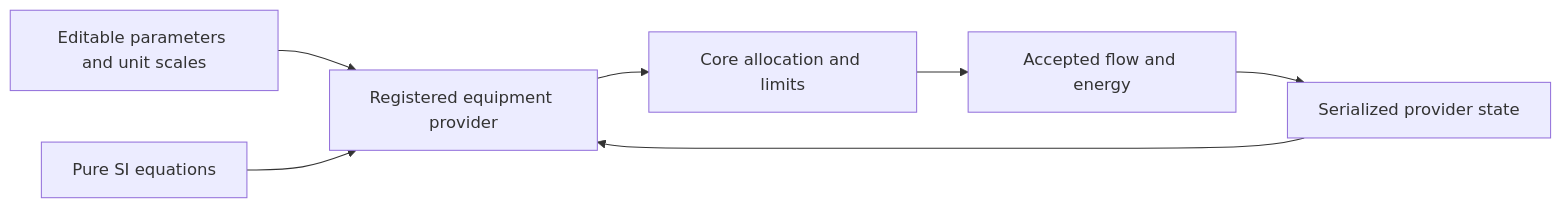
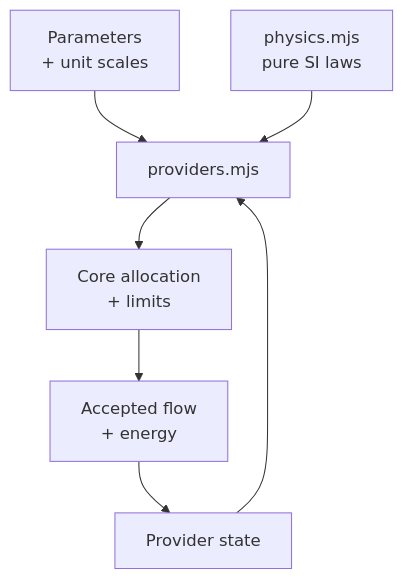
One commit to Valpatel/cad-agent changed the diagram in software/cadagent/webkit/scada/sim/src/equation-examples/README.md. Above: the diagram before and after it, drawn with Mermaid. The commit also changed other lines of this file and 27 other files, not shown here.

````diff
--- a/software/cadagent/webkit/scada/sim/src/equation-examples/README.md
+++ b/software/cadagent/webkit/scada/sim/src/equation-examples/README.md
@@ -17,9 +17,9 @@
 ```mermaid
-flowchart LR
-  Parameters[Editable parameters and unit scales] --> Provider[Registered equipment provider]
-  Physics[Pure SI equations] --> Provider
-  Provider --> Kernel[Core allocation and limits]
-  Kernel --> Accepted[Accepted flow and energy]
-  Accepted --> State[Serialized provider state]
+flowchart TD
+  Parameters["Parameters<br/>+ unit scales"] --> Provider["providers.mjs"]
+  Physics["physics.mjs<br/>pure SI laws"] --> Provider
+  Provider --> Kernel["Core allocation<br/>+ limits"]
+  Kernel --> Accepted["Accepted flow<br/>+ energy"]
+  Accepted --> State["Provider state"]
   State --> Provider
 ```
````
